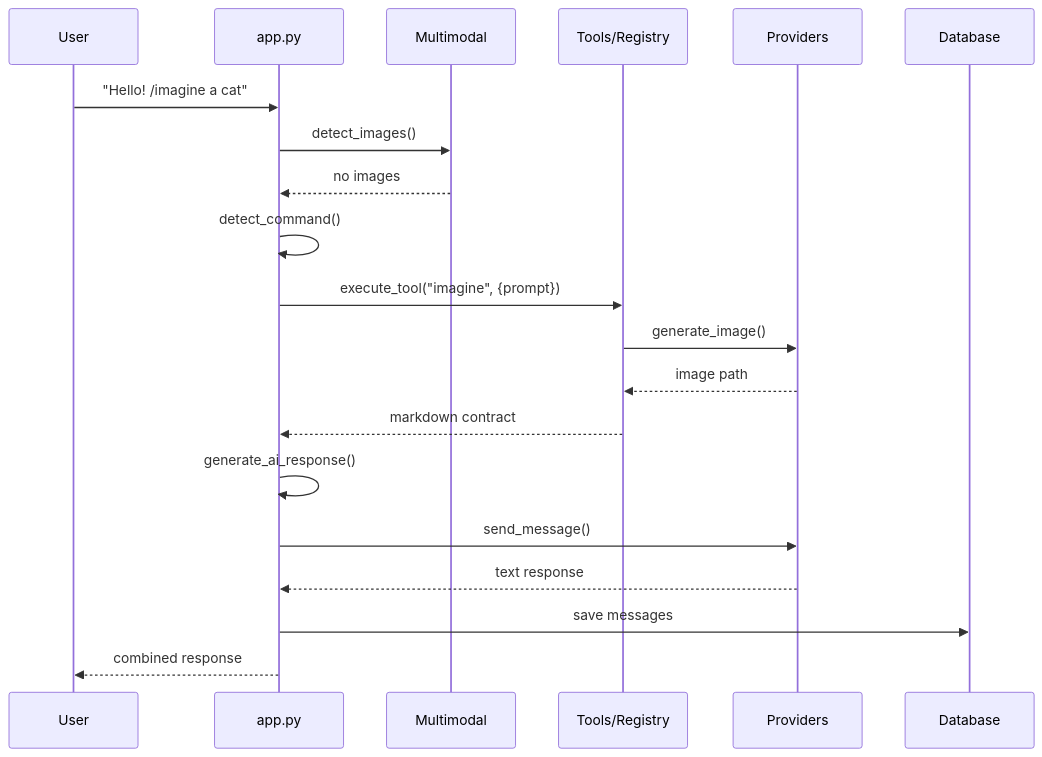
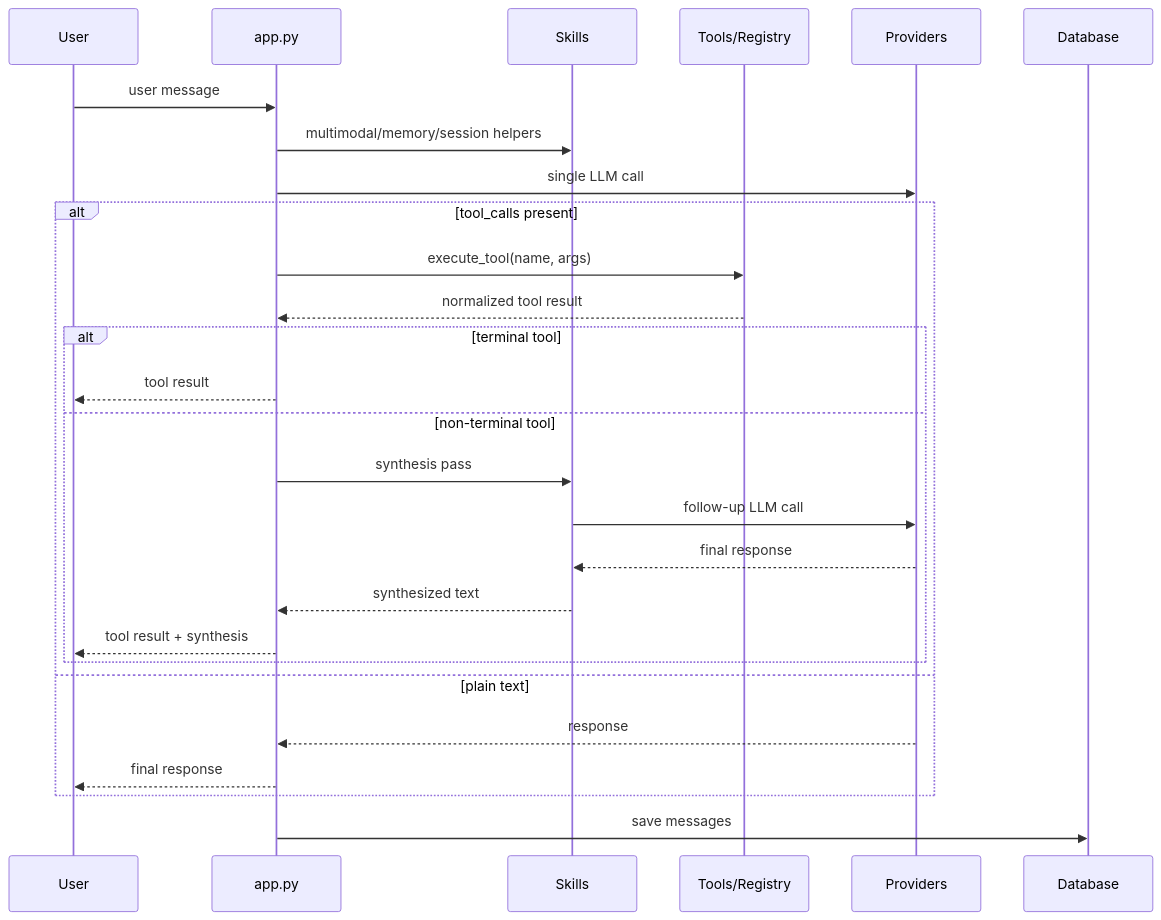
One commit to icedeyes12/yuzu-companion changed the tenth of 10 diagrams in app/README.md. Above: the diagram before and after it, drawn with Mermaid. The commit also changed other lines of this file, not shown here.

Commit message:
Refresh app README for final tooling state

````diff
--- a/app/README.md
+++ b/app/README.md
@@ -619,23 +585,30 @@
 ```mermaid
 sequenceDiagram
     participant U as User
     participant A as app.py
-    participant M as Multimodal
+    participant S as Skills
     participant T as Tools/Registry
     participant P as Providers
     participant D as Database
     
-    U->>A: "Hello! /imagine a cat"
-    A->>M: detect_images()
-    M-->>A: no images
-    A->>A: detect_command()
-    A->>T: execute_tool("imagine", {prompt})
-    T->>P: generate_image()
-    P-->>T: image path
-    T-->>A: markdown contract
-    A->>A: generate_ai_response()
-    A->>P: send_message()
-    P-->>A: text response
+    U->>A: user message
+    A->>S: multimodal/memory/session helpers
+    A->>P: single LLM call
+    alt tool_calls present
+        A->>T: execute_tool(name, args)
+        T-->>A: normalized tool result
+        alt terminal tool
+            A-->>U: tool result
+        else non-terminal tool
+            A->>S: synthesis pass
+            S->>P: follow-up LLM call
+            P-->>S: final response
+            S-->>A: synthesized text
+            A-->>U: tool result + synthesis
+        end
+    else plain text
+        P-->>A: response
+        A-->>U: final response
+    end
     A->>D: save messages
-    A-->>U: combined response
 ```
````
